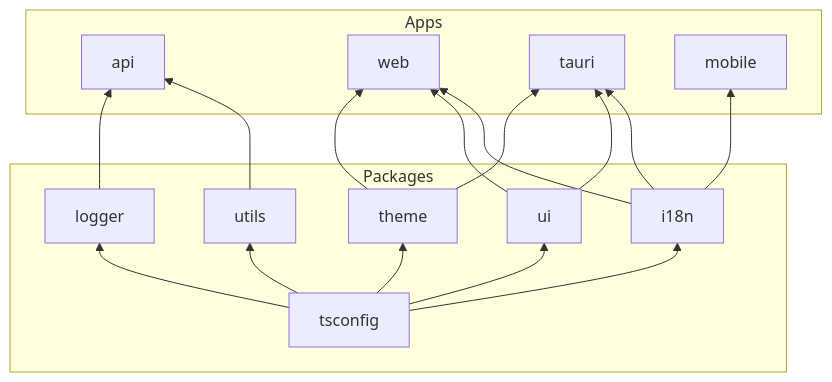
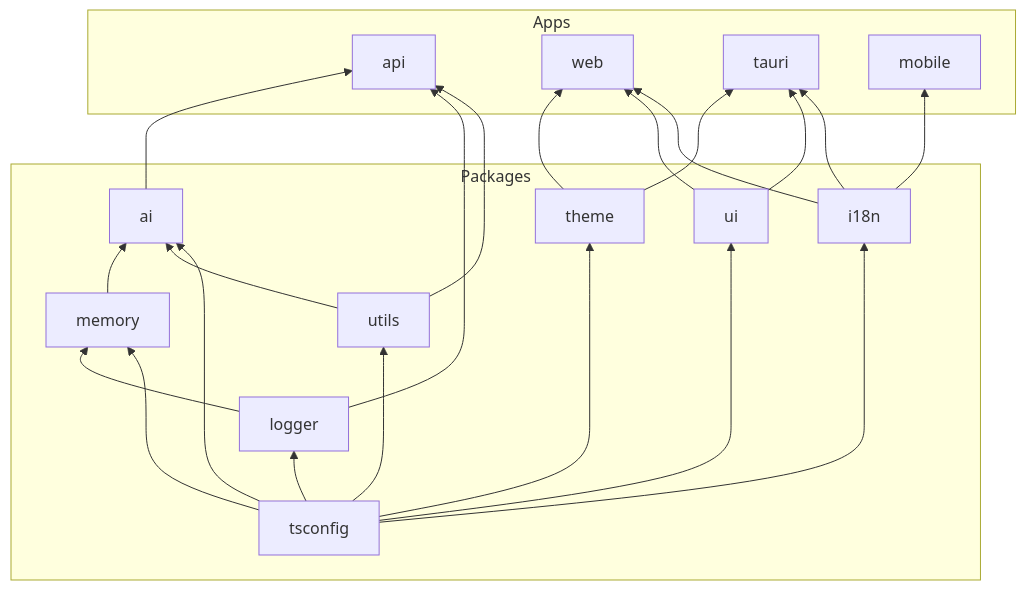
Before and after one commit to Pleasurecruise/my-monorepo: the diagram in docs/README.md, drawn with Mermaid. The commit also changed other lines of this file and 21 other files, not shown here.

````diff
--- a/docs/README.md
+++ b/docs/README.md
@@ -21,25 +23,31 @@
 ```mermaid
 graph BT
     subgraph Packages
         TSCONFIG[tsconfig]
         UTILS[utils]
         I18N[i18n]
         UI[ui]
         THEME[theme]
         LOGGER[logger]
+        MEMORY[memory]
+        AI[ai]
     end
 
     subgraph Apps
         API[api]
         WEB[web]
         TAURI[tauri]
         MOBILE[mobile]
     end
 
-    TSCONFIG --> UTILS & I18N & UI & THEME & LOGGER
+    TSCONFIG --> UTILS & I18N & UI & THEME & LOGGER & MEMORY & AI
+    LOGGER --> MEMORY
+    UTILS --> AI
+    MEMORY --> AI
     UTILS --> API
     LOGGER --> API
+    AI --> API
     I18N --> WEB & TAURI & MOBILE
     UI --> WEB & TAURI
     THEME --> WEB & TAURI
 ```
````
